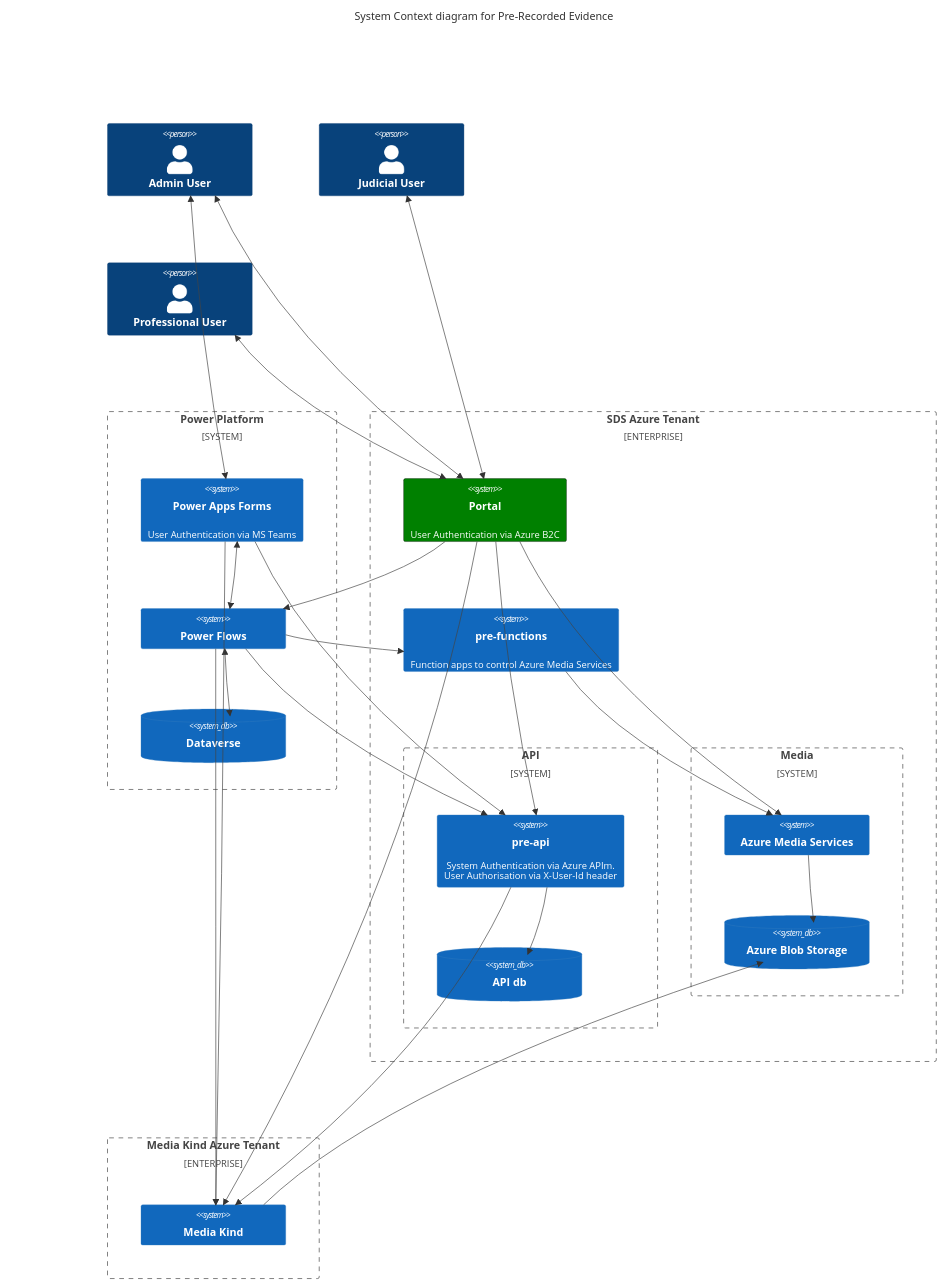
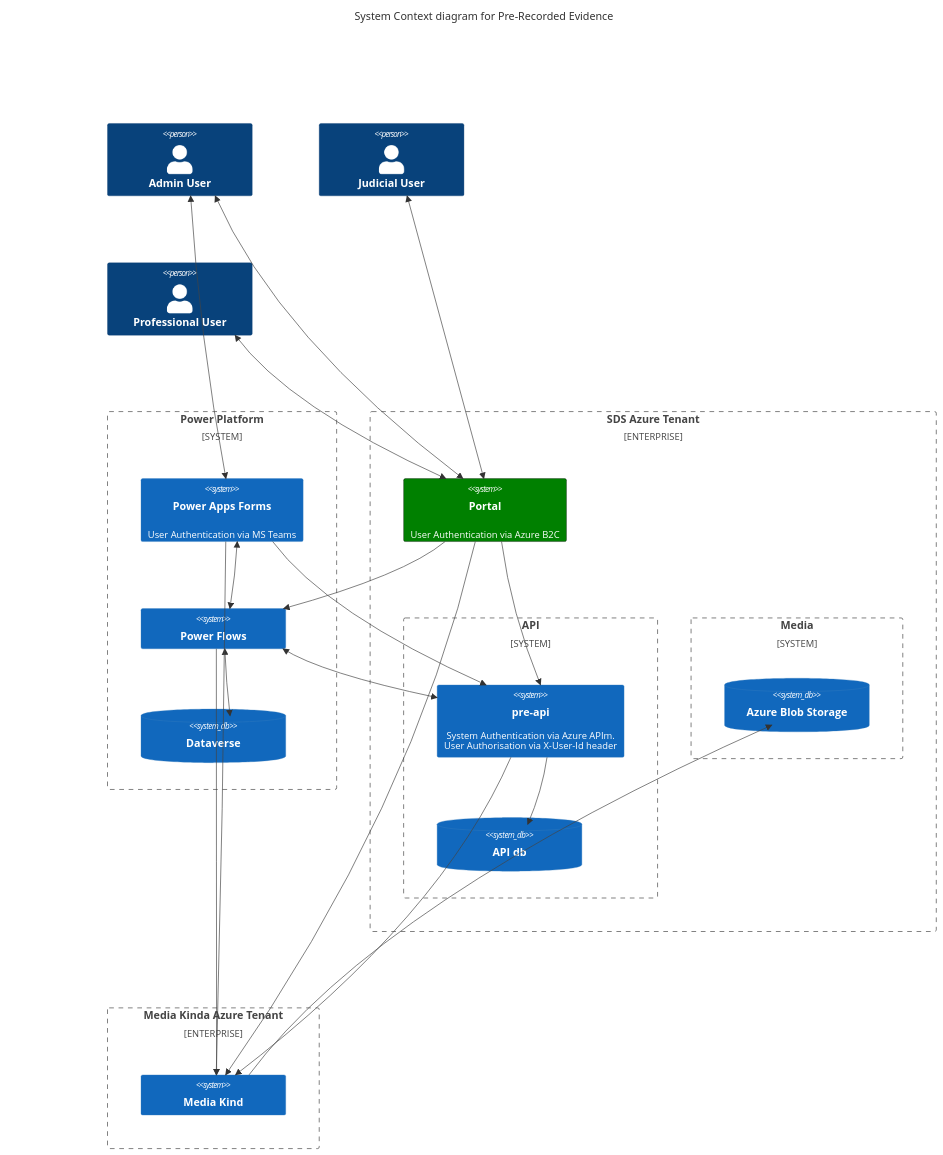
The diagram in README.md (hmcts/pre-portal2), drawn with Mermaid before and after one commit.

Commit message:
Update diagram with MK changes

````diff
--- a/README.md
+++ b/README.md
@@ -15,61 +15,54 @@
 ```mermaid
     C4Context
       title System Context diagram for Pre-Recorded Evidence
 
       Person(adminUser, "Admin User", "")
       Person(judicialUser, "Judicial User", "")
       Person(professionalUser, "Professional User", "")
 
 
       System_Boundary(PowerPlatform, "Power Platform") {
         System(PowerApps, "Power Apps Forms", "User Authentication via MS Teams")
         System(PowerFlows, "Power Flows", "")
         SystemDb(Dataverse, "Dataverse", "")
       }
 
       Enterprise_Boundary(a0, "SDS Azure Tenant",) {
         System(Portal, "Portal", "User Authentication via Azure B2C")
 
-        System(function, "pre-functions", "Function apps to control Azure Media Services")
-
         System_Boundary(api, "API") {
             System(api, "pre-api", "System Authentication via Azure APIm.<br/>User Authorisation via X-User-Id header")
             SystemDb(db, "API db")
         }
 
         System_Boundary(media, "Media") {
-            System(ams, "Azure Media Services")
             SystemDb(blob, "Azure Blob Storage")
         }
 
       }
 
-      Enterprise_Boundary(a1, "Media Kind Azure Tenant",) {
+      Enterprise_Boundary(a1, "Media Kinda Azure Tenant",) {
         System(mk, "Media Kind")
       }
 
       BiRel(judicialUser, Portal, "")
       BiRel(adminUser, Portal, "")
       BiRel(adminUser, PowerApps, "")
       BiRel(professionalUser, Portal, "")
       BiRel(PowerApps, PowerFlows, "")
       Rel(Portal, PowerFlows, "")
-      Rel(Portal, ams, "")
       Rel(Portal, api, "")
       BiRel(PowerFlows, Dataverse, "")
       Rel(PowerApps, api, "")
-      Rel(PowerFlows, api, "")
-      Rel(PowerFlows, function, "")
+      BiRel(PowerFlows, api, "")
       Rel(api, db, "")
-      Rel(ams, blob, "")
-      Rel(function, ams, "")
 
       Rel(Portal, mk, "")
       Rel(PowerApps, mk, "")
       Rel(PowerFlows, mk, "")
       Rel(api, mk, "")
       Rel(mk, blob, "")
       UpdateElementStyle(Portal,  $bgColor="green", $borderColor="black")
       UpdateElementStyle(PowerPlatform)
       UpdateLayoutConfig($c4ShapeInRow="3", $c4BoundaryInRow="1")
 ```
````
